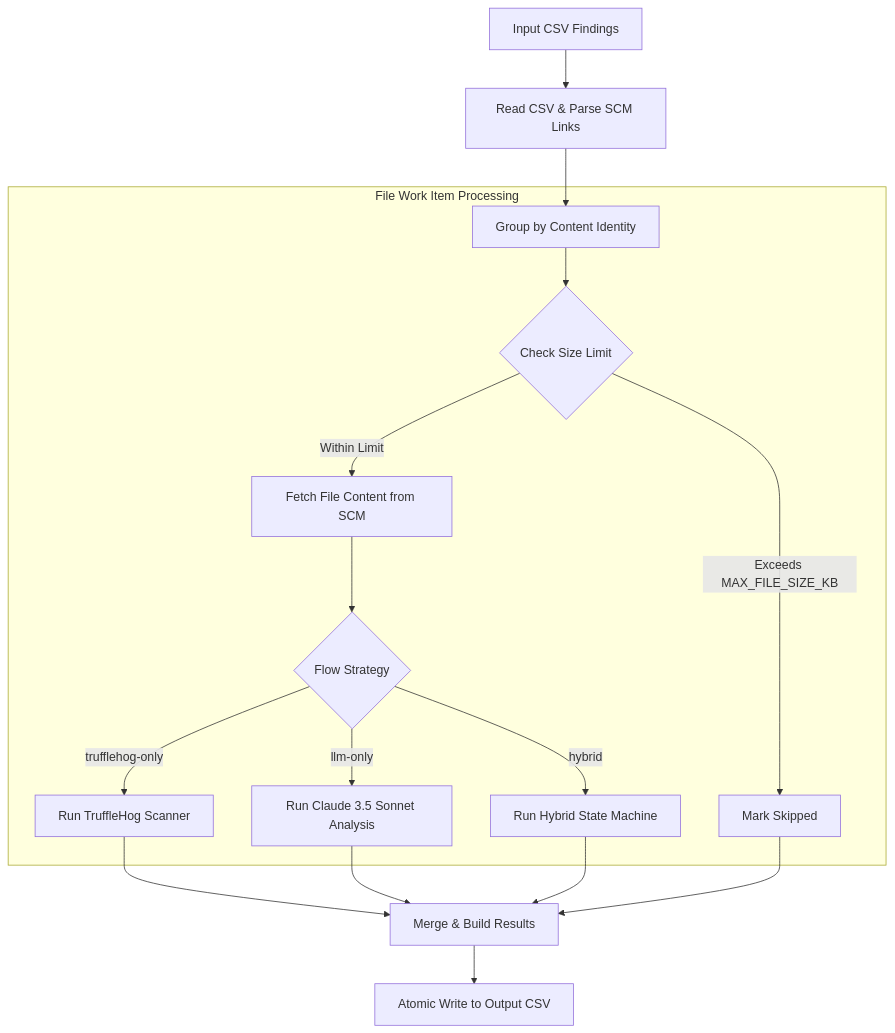
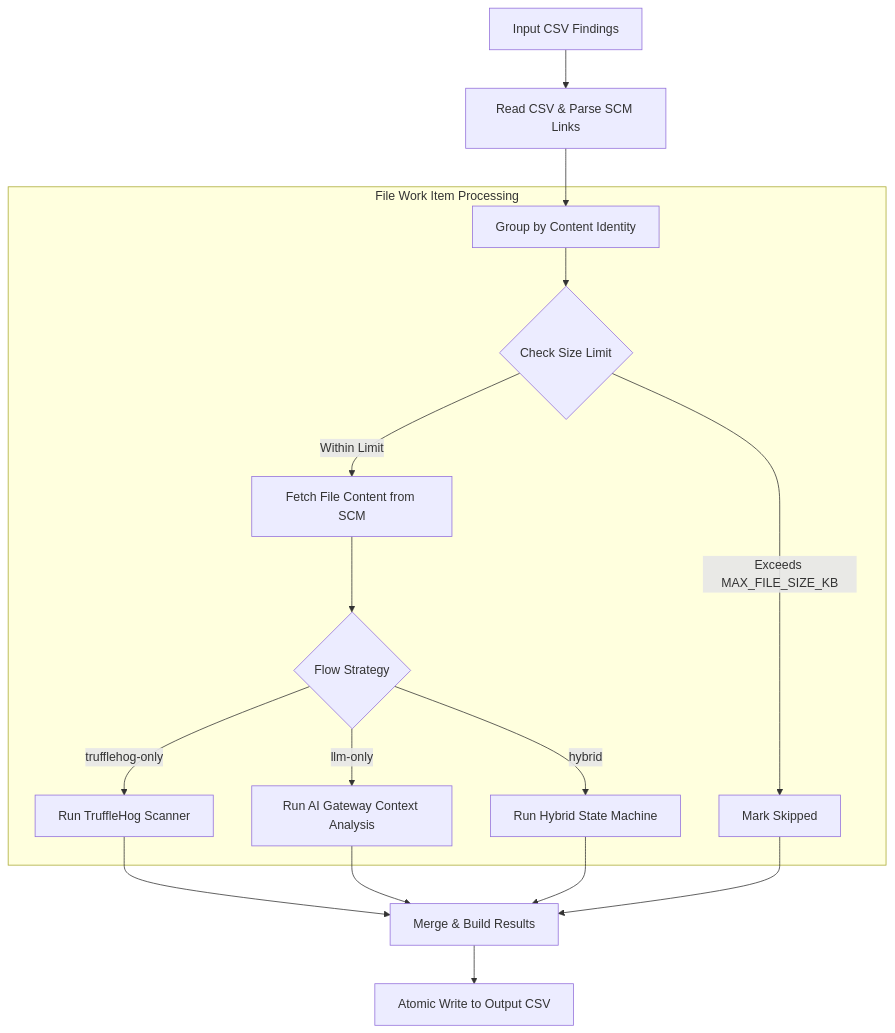
Before and after one commit to shubham-shewale/charming-bohr: the first of 2 diagrams in secret-reconciler/README.md, drawn with Mermaid. The commit also changed other lines of this file and 29 other files, not shown here.

````diff
--- a/secret-reconciler/README.md
+++ b/secret-reconciler/README.md
@@ -42,23 +45,23 @@
 ```mermaid
 flowchart TD
     A[Input CSV Findings] --> B[Read CSV & Parse SCM Links]
     B --> C[Group by Content Identity]
     
     subgraph WorkItemProcessing [File Work Item Processing]
         C --> D{Check Size Limit}
         D -- Exceeds MAX_FILE_SIZE_KB --> E[Mark Skipped]
         D -- Within Limit --> F[Fetch File Content from SCM]
         F --> G{Flow Strategy}
         
         G -- trufflehog-only --> H[Run TruffleHog Scanner]
-        G -- llm-only --> I[Run Claude 3.5 Sonnet Analysis]
+        G -- llm-only --> I[Run AI Gateway Context Analysis]
         G -- hybrid --> J[Run Hybrid State Machine]
     end
     
     H --> K[Merge & Build Results]
     I --> K
     J --> K
     E --> K
     
     K --> L[Atomic Write to Output CSV]
 ```
````
